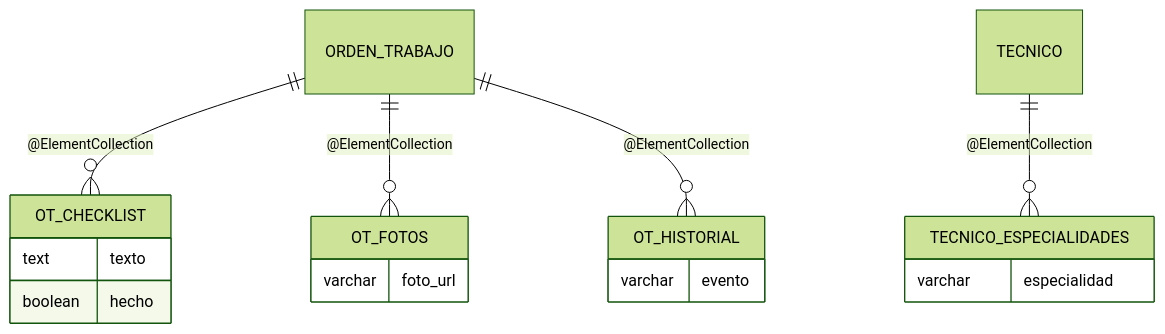
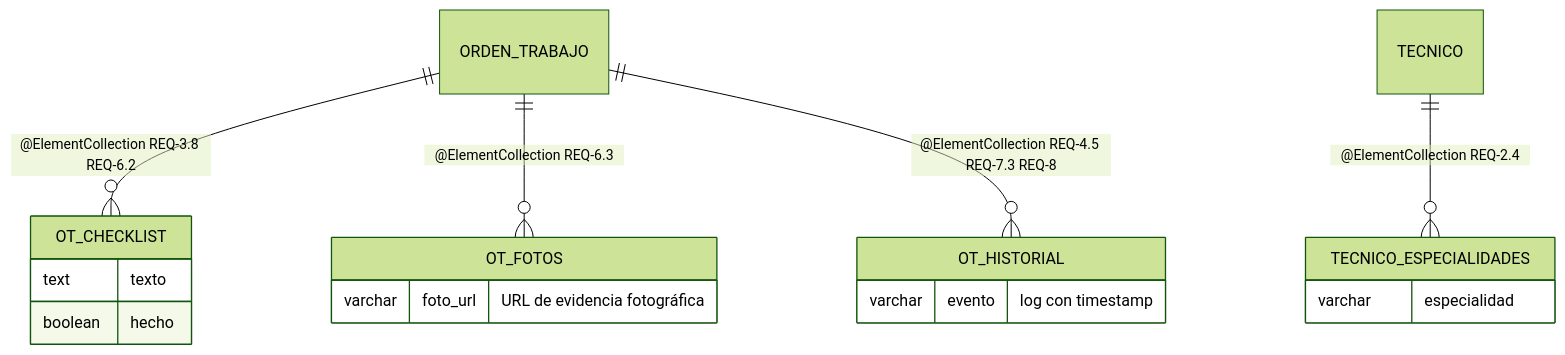
One commit to Ed-Pino/FieldFlow changed the eighth of 8 diagrams in docs/architecture.md. Above: the diagram before and after it, drawn with Mermaid (forest theme). The commit also changed other lines of this file and 4 other files, not shown here.

````diff
--- a/docs/architecture.md
+++ b/docs/architecture.md
@@ -197,21 +245,21 @@
 ```mermaid
 erDiagram
-    ORDEN_TRABAJO ||--o{ OT_CHECKLIST : "@ElementCollection"
-    ORDEN_TRABAJO ||--o{ OT_FOTOS : "@ElementCollection"
-    ORDEN_TRABAJO ||--o{ OT_HISTORIAL : "@ElementCollection"
-    TECNICO ||--o{ TECNICO_ESPECIALIDADES : "@ElementCollection"
+    ORDEN_TRABAJO ||--o{ OT_CHECKLIST : "@ElementCollection REQ-3.8 REQ-6.2"
+    ORDEN_TRABAJO ||--o{ OT_FOTOS : "@ElementCollection REQ-6.3"
+    ORDEN_TRABAJO ||--o{ OT_HISTORIAL : "@ElementCollection REQ-4.5 REQ-7.3 REQ-8"
+    TECNICO ||--o{ TECNICO_ESPECIALIDADES : "@ElementCollection REQ-2.4"
 
     OT_CHECKLIST {
         text texto
         boolean hecho
     }
     OT_FOTOS {
-        varchar foto_url
+        varchar foto_url "URL de evidencia fotográfica"
     }
     OT_HISTORIAL {
-        varchar evento
+        varchar evento "log con timestamp"
     }
     TECNICO_ESPECIALIDADES {
         varchar especialidad
     }
 ```
````
